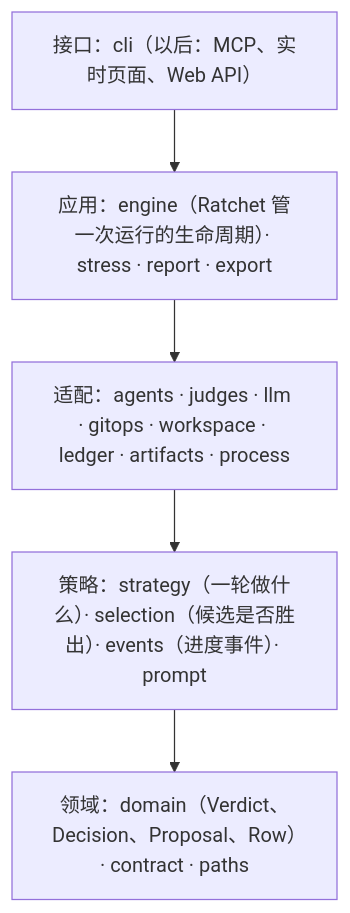
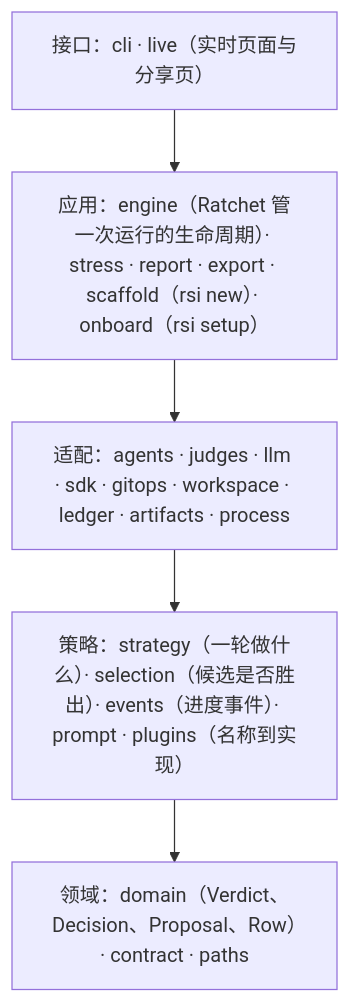
One commit to 3136321049/rsi-anything changed the second of 2 diagrams in docs/PLAN.zh-CN.md. Above: the diagram before and after it, drawn with Mermaid. The commit also changed other lines of this file and 21 other files, not shown here.

First line of the commit message:
上手命令、角色与插件：rsi new、rsi setup、roles、插件名册

````diff
--- a/docs/PLAN.zh-CN.md
+++ b/docs/PLAN.zh-CN.md
@@ -40,8 +40,8 @@
 ```mermaid
 flowchart TB
-  I["接口：cli（以后：MCP、实时页面、Web API）"] --> A
-  A["应用：engine（Ratchet 管一次运行的生命周期）· stress · report · export"] --> X
-  X["适配：agents · judges · llm · gitops · workspace · ledger · artifacts · process"] --> P
-  P["策略：strategy（一轮做什么）· selection（候选是否胜出）· events（进度事件）· prompt"] --> D
+  I["接口：cli · live（实时页面与分享页）"] --> A
+  A["应用：engine（Ratchet 管一次运行的生命周期）· stress · report · export · scaffold（rsi new）· onboard（rsi setup）"] --> X
+  X["适配：agents · judges · llm · sdk · gitops · workspace · ledger · artifacts · process"] --> P
+  P["策略：strategy（一轮做什么）· selection（候选是否胜出）· events（进度事件）· prompt · plugins（名称到实现）"] --> D
   D["领域：domain（Verdict、Decision、Proposal、Row）· contract · paths"]
 ```
````
